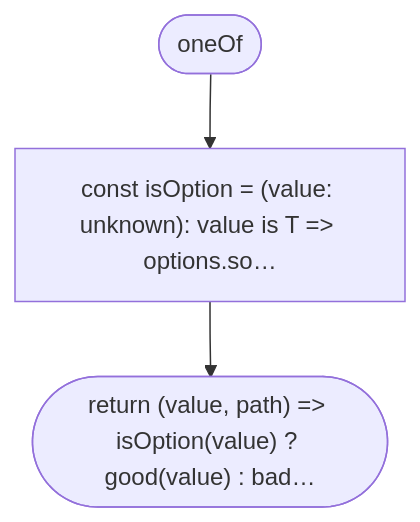
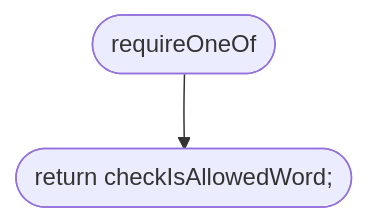
One commit to NewDara-Star/world-engine changed diagram 15 of 38 in docs/flows/src/place/parse.md. Above: the diagram before and after it, drawn with Mermaid. The commit also changed other lines of this file and 18 other files, not shown here.

````diff
--- a/docs/flows/src/place/parse.md
+++ b/docs/flows/src/place/parse.md
@@ -142,8 +230,6 @@
 ```mermaid
 flowchart TD
-  n1(["oneOf"])
-  n2["const isOption = (value: unknown): value is T =#gt; options.so…"]
-  n3(["return (value, path) =#gt; isOption(value) ? good(value) : bad…"])
+  n1(["requireOneOf"])
+  n2(["return checkIsAllowedWord;"])
   n1 --> n2
-  n2 --> n3
 ```
````
